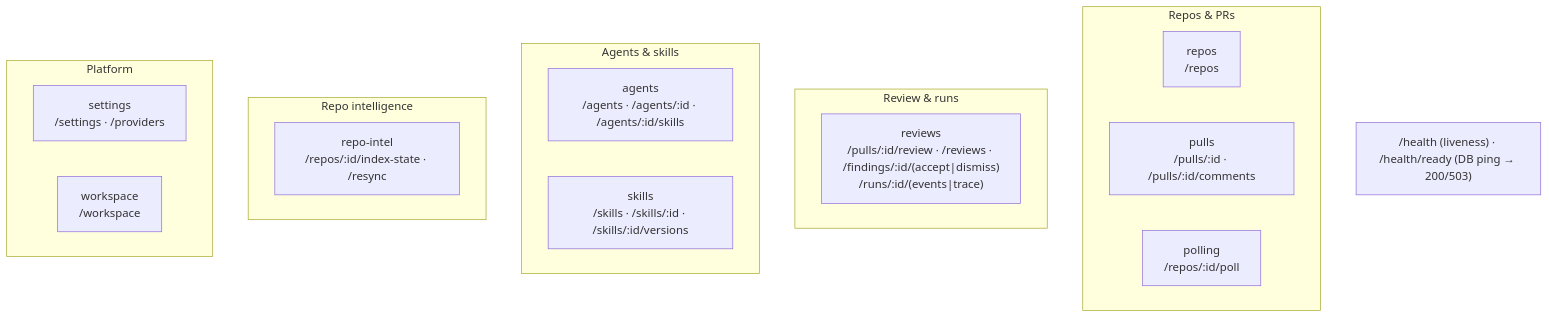
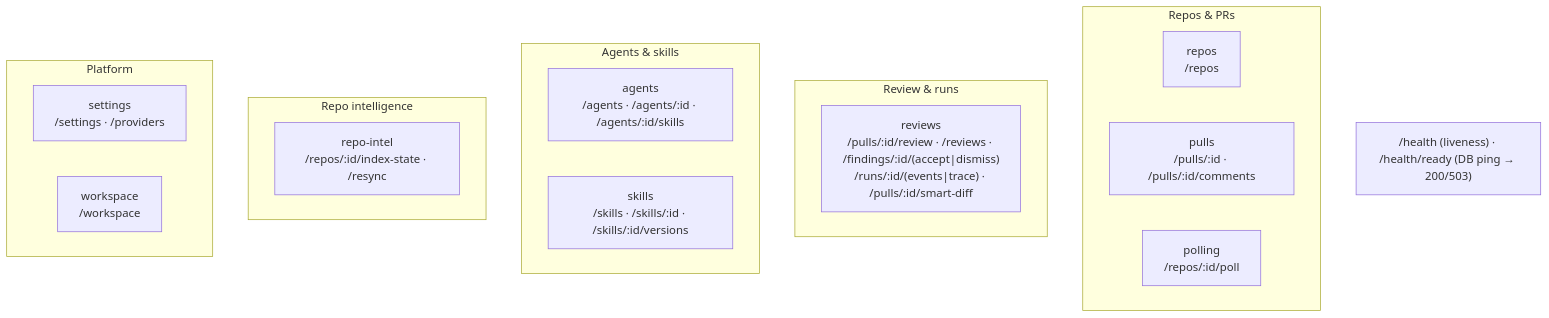
The second of 2 diagrams in server/README.md (shabetya/dev-digest-shabetya), drawn with Mermaid before and after one commit. The commit also changed 28 other files, not shown here.

Commit message:
feat: Smart diff feature

````diff
--- a/server/README.md
+++ b/server/README.md
@@ -64,23 +64,23 @@
 ```mermaid
 flowchart TB
   subgraph Repos_PRs["Repos & PRs"]
     repos["repos<br/>/repos"]
     pulls["pulls<br/>/pulls/:id · /pulls/:id/comments"]
     polling["polling<br/>/repos/:id/poll"]
   end
   subgraph Review["Review & runs"]
-    reviews["reviews<br/>/pulls/:id/review · /reviews · /findings/:id/(accept|dismiss)<br/>/runs/:id/(events|trace)"]
+    reviews["reviews<br/>/pulls/:id/review · /reviews · /findings/:id/(accept|dismiss)<br/>/runs/:id/(events|trace) · /pulls/:id/smart-diff"]
   end
   subgraph Agents["Agents & skills"]
     agents["agents<br/>/agents · /agents/:id · /agents/:id/skills"]
     skills["skills<br/>/skills · /skills/:id · /skills/:id/versions"]
   end
   subgraph Intel["Repo intelligence"]
     repoIntel["repo-intel<br/>/repos/:id/index-state · /resync"]
   end
   subgraph Platform["Platform"]
     settings["settings<br/>/settings · /providers"]
     workspace["workspace<br/>/workspace"]
   end
   HEALTH["/health (liveness) · /health/ready (DB ping → 200/503)"]
 ```
````
